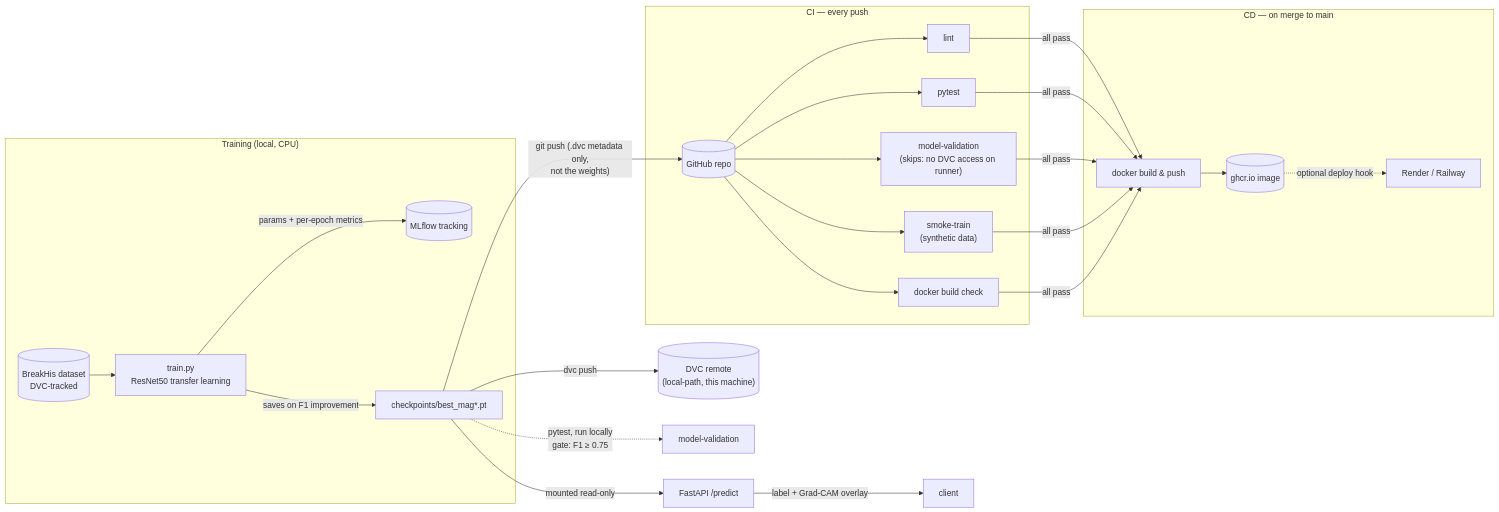
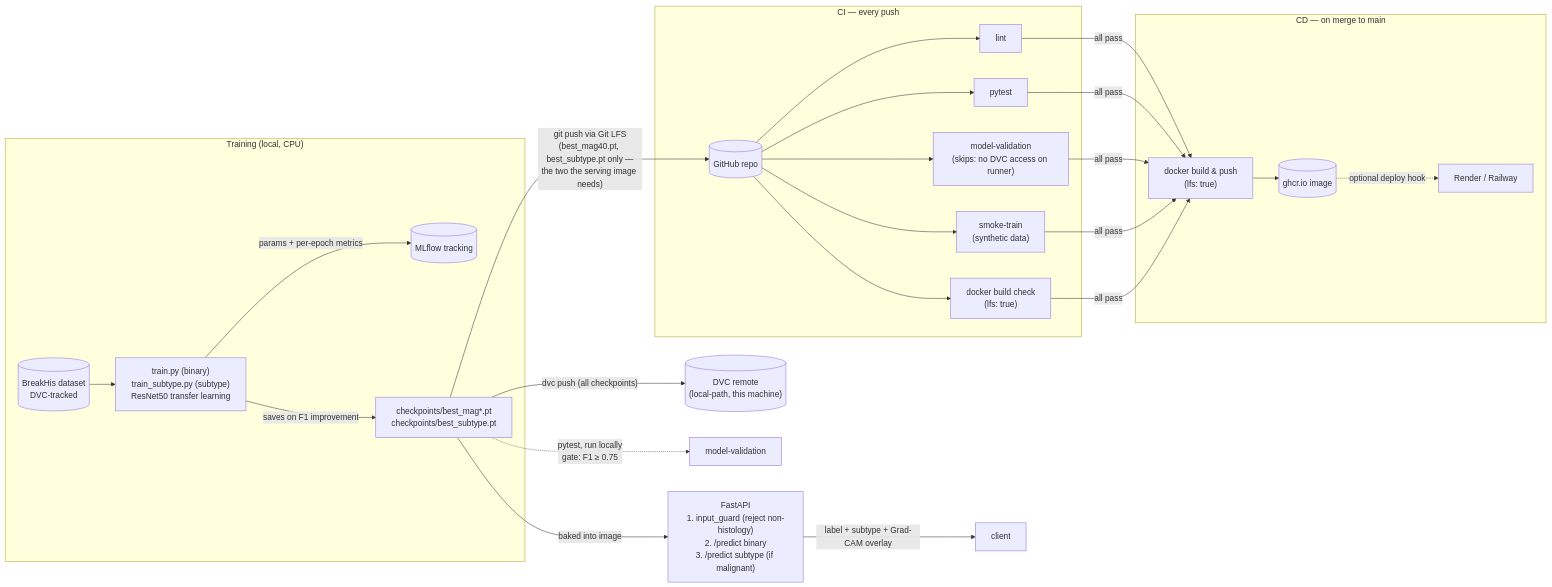
Before and after one commit to amarasie0602/breast-cancer-classification: the diagram in README.md, drawn with Mermaid. The commit also changed other lines of this file, not shown here.

First line of the commit message:
README: describe the 3-stage pipeline, update architecture diagram

````diff
--- a/README.md
+++ b/README.md
@@ -30,29 +46,29 @@
 ```mermaid
 flowchart LR
     subgraph Train["Training  (local, CPU)"]
-        DS[("BreakHis dataset<br/>DVC-tracked")] --> TR["train.py<br/>ResNet50 transfer learning"]
+        DS[("BreakHis dataset<br/>DVC-tracked")] --> TR["train.py (binary)<br/>train_subtype.py (subtype)<br/>ResNet50 transfer learning"]
         TR -->|"params + per-epoch metrics"| ML[("MLflow tracking")]
-        TR -->|"saves on F1 improvement"| CK["checkpoints/best_mag*.pt"]
+        TR -->|"saves on F1 improvement"| CK["checkpoints/best_mag*.pt<br/>checkpoints/best_subtype.pt"]
     end
 
-    CK -->|"dvc push"| REMOTE[("DVC remote<br/>(local-path, this machine)")]
+    CK -->|"dvc push (all checkpoints)"| REMOTE[("DVC remote<br/>(local-path, this machine)")]
+    CK -->|"git push via Git LFS<br/>(best_mag40.pt, best_subtype.pt only —<br/>the two the serving image needs)"| GH[("GitHub repo")]
     CK -.->|"pytest, run locally<br/>gate: F1 ≥ 0.75"| GATE["model-validation"]
-    CK -->|"git push (.dvc metadata only,<br/>not the weights)"| GH[("GitHub repo")]
 
     subgraph CI["CI — every push"]
         GH --> LINT["lint"]
         GH --> TEST["pytest"]
         GH --> CIGATE["model-validation<br/>(skips: no DVC access on runner)"]
         GH --> SMOKE["smoke-train<br/>(synthetic data)"]
-        GH --> DBUILD["docker build check"]
+        GH --> DBUILD["docker build check<br/>(lfs: true)"]
     end
 
     subgraph CD["CD — on merge to main"]
-        LINT & TEST & CIGATE & SMOKE & DBUILD -->|"all pass"| IMG["docker build & push"]
+        LINT & TEST & CIGATE & SMOKE & DBUILD -->|"all pass"| IMG["docker build & push<br/>(lfs: true)"]
         IMG --> GHCR[("ghcr.io image")]
         GHCR -.->|"optional deploy hook"| HOST["Render / Railway"]
     end
 
-    CK -->|"mounted read-only"| API["FastAPI /predict"]
-    API -->|"label + Grad-CAM overlay"| CLIENT["client"]
+    CK -->|"baked into image"| API["FastAPI<br/>1. input_guard (reject non-histology)<br/>2. /predict binary<br/>3. /predict subtype (if malignant)"]
+    API -->|"label + subtype + Grad-CAM overlay"| CLIENT["client"]
 ```
````
